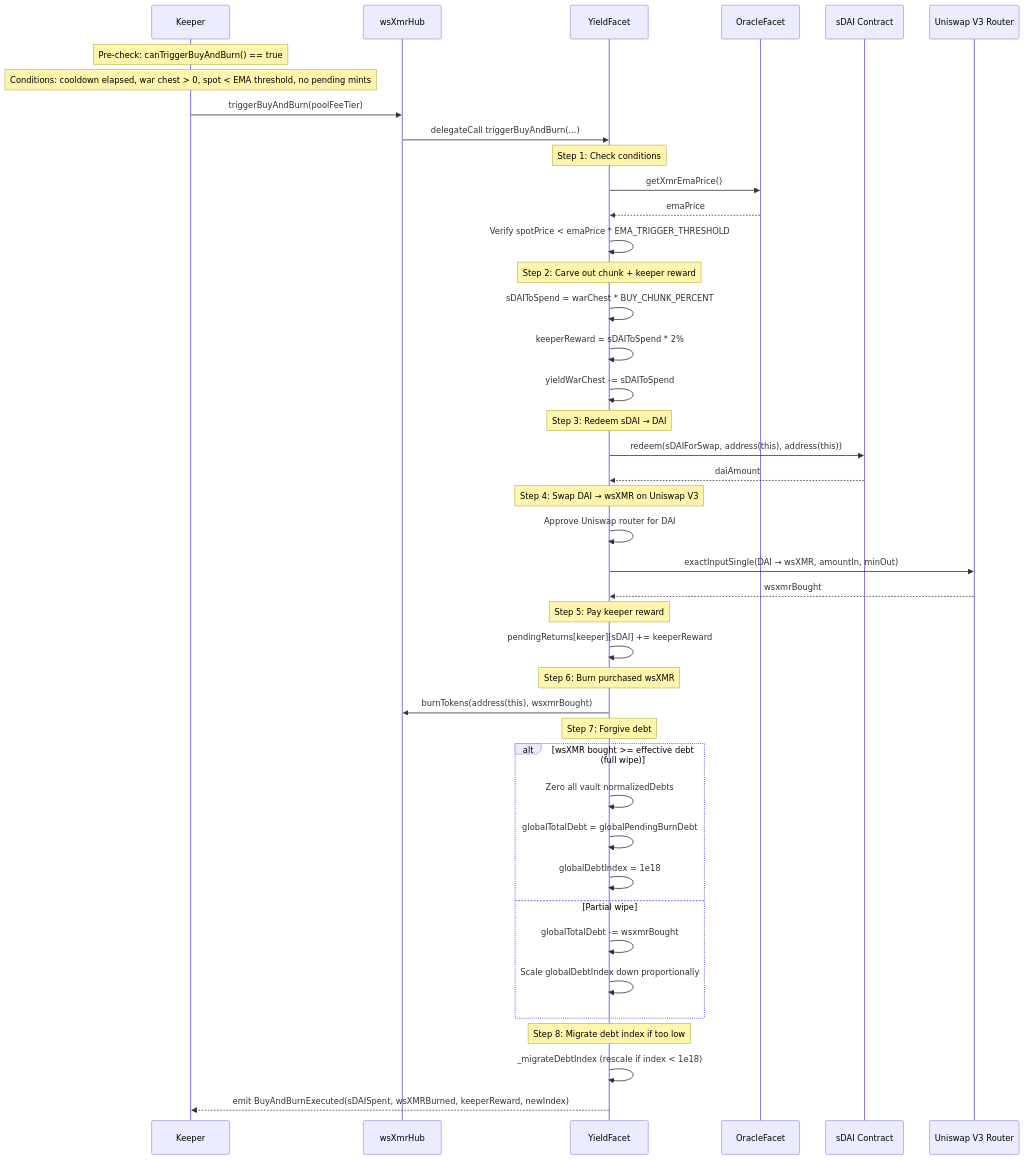
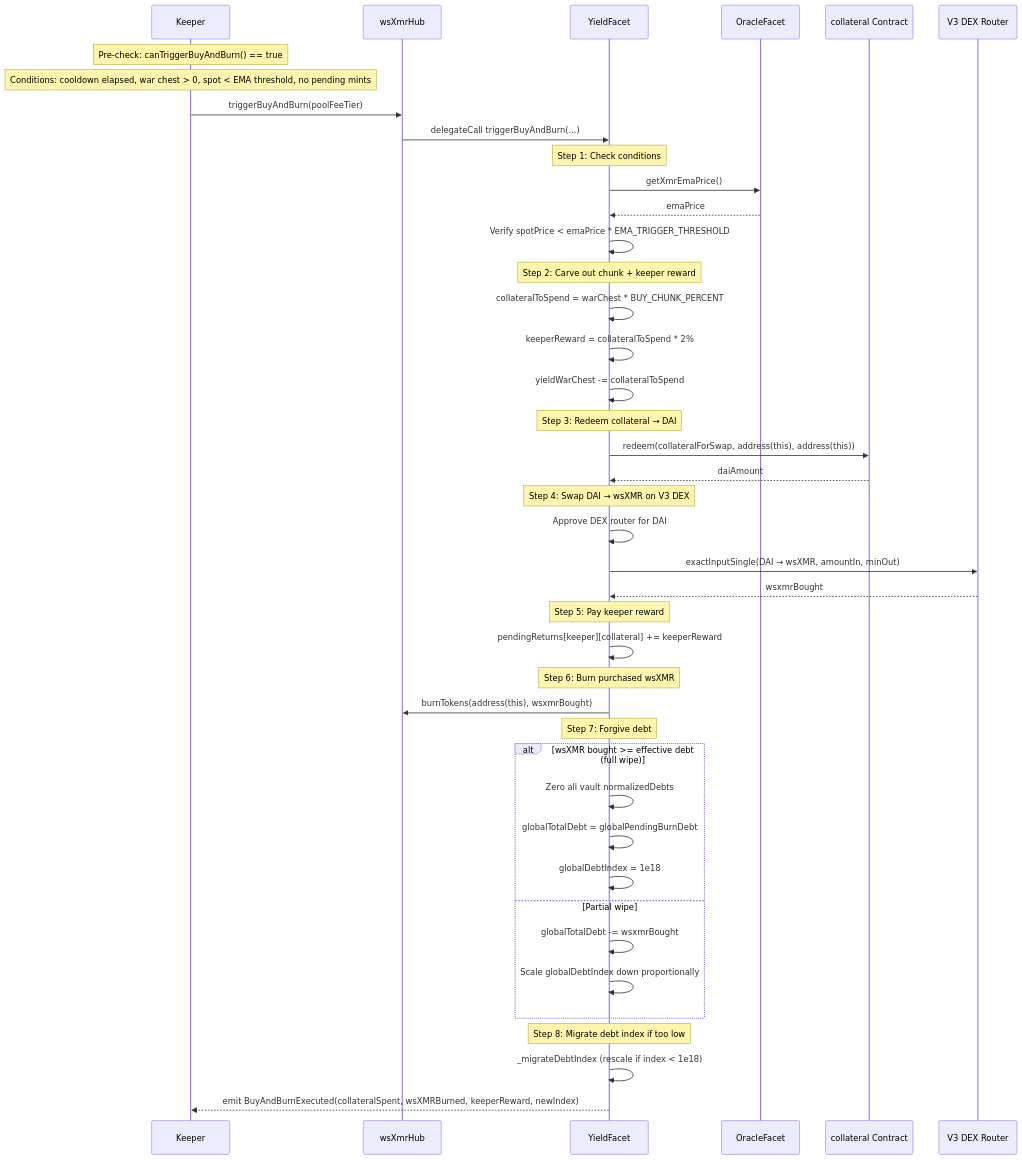
Diagram 26 of 27 in docs/sequenceDiagrams.md (madschristensen99/wrapsynth), drawn with Mermaid before and after one commit. The commit also changed other lines of this file and 1 other file, not shown here.

First line of the commit message:
Fix Mermaid parse errors + generalize docs to chain-agnostic terms

````diff
--- a/docs/sequenceDiagrams.md
+++ b/docs/sequenceDiagrams.md
@@ -1295,55 +1295,55 @@
 ```mermaid
 sequenceDiagram
     participant Keeper
     participant Hub as wsXmrHub
     participant Yield as YieldFacet
     participant Oracle as OracleFacet
-    participant SDAI as sDAI Contract
-    participant Uni as Uniswap V3 Router
+    participant Collateral as collateral Contract
+    participant Uni as V3 DEX Router
 
     Note over Keeper: Pre-check: canTriggerBuyAndBurn() == true
     Note over Keeper: Conditions: cooldown elapsed, war chest > 0, spot < EMA threshold, no pending mints
 
     Keeper->>Hub: triggerBuyAndBurn(poolFeeTier)
     Hub->>Yield: delegateCall triggerBuyAndBurn(...)
 
     Note over Yield: Step 1: Check conditions
     Yield->>Oracle: getXmrEmaPrice()
     Oracle-->>Yield: emaPrice
     Yield->>Yield: Verify spotPrice < emaPrice * EMA_TRIGGER_THRESHOLD
 
     Note over Yield: Step 2: Carve out chunk + keeper reward
-    Yield->>Yield: sDAIToSpend = warChest * BUY_CHUNK_PERCENT
-    Yield->>Yield: keeperReward = sDAIToSpend * 2%
-    Yield->>Yield: yieldWarChest -= sDAIToSpend
+    Yield->>Yield: collateralToSpend = warChest * BUY_CHUNK_PERCENT
+    Yield->>Yield: keeperReward = collateralToSpend * 2%
+    Yield->>Yield: yieldWarChest -= collateralToSpend
 
-    Note over Yield: Step 3: Redeem sDAI → DAI
-    Yield->>SDAI: redeem(sDAIForSwap, address(this), address(this))
-    SDAI-->>Yield: daiAmount
+    Note over Yield: Step 3: Redeem collateral → DAI
+    Yield->>Collateral: redeem(collateralForSwap, address(this), address(this))
+    Collateral-->>Yield: daiAmount
 
-    Note over Yield: Step 4: Swap DAI → wsXMR on Uniswap V3
-    Yield->>Yield: Approve Uniswap router for DAI
+    Note over Yield: Step 4: Swap DAI → wsXMR on V3 DEX
+    Yield->>Yield: Approve DEX router for DAI
     Yield->>Uni: exactInputSingle(DAI → wsXMR, amountIn, minOut)
     Uni-->>Yield: wsxmrBought
 
     Note over Yield: Step 5: Pay keeper reward
-    Yield->>Yield: pendingReturns[keeper][sDAI] += keeperReward
+    Yield->>Yield: pendingReturns[keeper][collateral] += keeperReward
 
     Note over Yield: Step 6: Burn purchased wsXMR
     Yield->>Hub: burnTokens(address(this), wsxmrBought)
 
     Note over Yield: Step 7: Forgive debt
     alt wsXMR bought >= effective debt (full wipe)
         Yield->>Yield: Zero all vault normalizedDebts
         Yield->>Yield: globalTotalDebt = globalPendingBurnDebt
         Yield->>Yield: globalDebtIndex = 1e18
     else Partial wipe
         Yield->>Yield: globalTotalDebt -= wsxmrBought
         Yield->>Yield: Scale globalDebtIndex down proportionally
     end
 
     Note over Yield: Step 8: Migrate debt index if too low
     Yield->>Yield: _migrateDebtIndex (rescale if index < 1e18)
 
-    Yield-->>Keeper: emit BuyAndBurnExecuted(sDAISpent, wsXMRBurned, keeperReward, newIndex)
+    Yield-->>Keeper: emit BuyAndBurnExecuted(collateralSpent, wsXMRBurned, keeperReward, newIndex)
 ```
````
